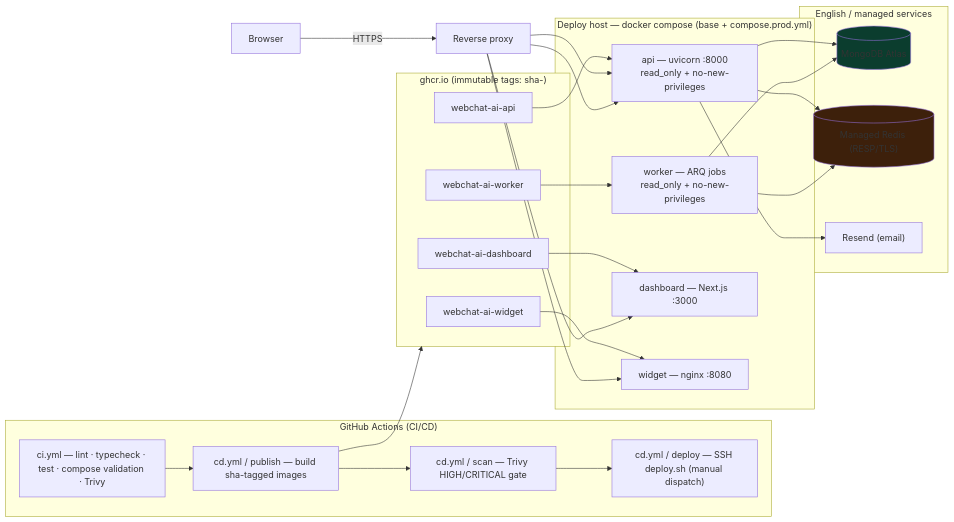
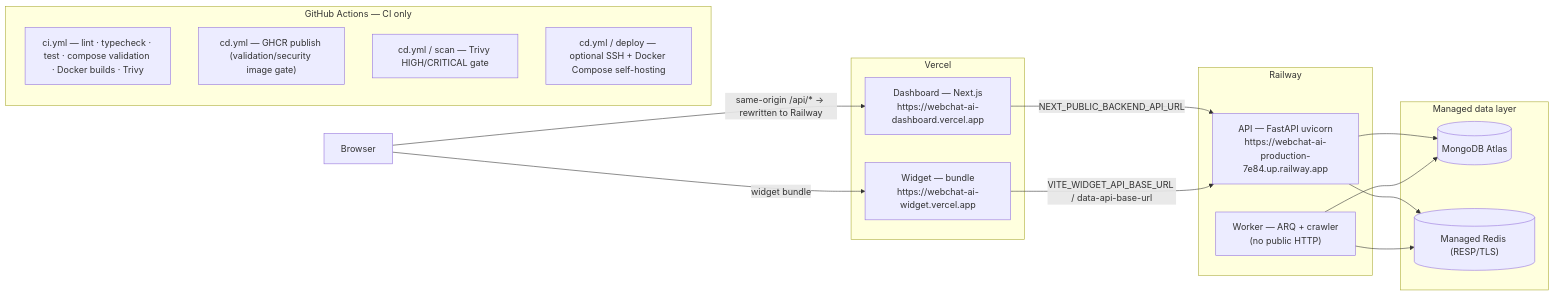
Before and after one commit to riturajlabs/webchat-AI: the diagram in docs/deployment/README.md, drawn with Mermaid. The commit also changed other lines of this file and 18 other files, not shown here.

````diff
--- a/docs/deployment/README.md
+++ b/docs/deployment/README.md
@@ -12,52 +13,34 @@
 ```mermaid
 flowchart LR
-  subgraph CD["GitHub Actions (CI/CD)"]
-    CI["ci.yml — lint · typecheck · test · compose validation · Trivy"]
-    CDPUB["cd.yml / publish — build sha-tagged images"]
-    TRIVY["cd.yml / scan — Trivy HIGH/CRITICAL gate"]
-    DEPLOY["cd.yml / deploy — SSH deploy.sh (manual dispatch)"]
-    CI --> CDPUB --> TRIVY --> DEPLOY
-  end
+    subgraph VERCEL["Vercel"]
+        DASH["Dashboard — Next.js<br/>https://webchat-ai-dashboard.vercel.app"]
+        WIDGET["Widget — bundle<br/>https://webchat-ai-widget.vercel.app"]
+    end
 
-  subgraph GHCR["ghcr.io (immutable tags: sha-<git-sha>)"]
-    API_IMG["webchat-ai-api"]
-    WORKER_IMG["webchat-ai-worker"]
-    DASH_IMG["webchat-ai-dashboard"]
-    WIDGET_IMG["webchat-ai-widget"]
-  end
+    subgraph RAILWAY["Railway"]
+        API["API — FastAPI uvicorn<br/>https://webchat-ai-production-7e84.up.railway.app"]
+        WORKER["Worker — ARQ + crawler<br/>(no public HTTP)"]
+    end
 
-  CDPUB --> GHCR
+    subgraph DATA["Managed data layer"]
+        MONGO[("MongoDB Atlas")]
+        REDIS[("Managed Redis (RESP/TLS)")]
+    end
 
-  subgraph HOST["Deploy host — docker compose (base + compose.prod.yml)"]
-    API["api — uvicorn :8000<br/>read_only + no-new-privileges"]
-    WORKER["worker — ARQ jobs<br/>read_only + no-new-privileges"]
-    DASH["dashboard — Next.js :3000"]
-    WIDGET["widget — nginx :8080"]
-  end
+    subgraph CD["GitHub Actions — CI only"]
+        CI["ci.yml — lint · typecheck · test · compose validation · Docker builds · Trivy"]
+        CDPUB["cd.yml — GHCR publish (validation/security image gate)"]
+        TRIVY["cd.yml / scan — Trivy HIGH/CRITICAL gate"]
+        SELFHOST["cd.yml / deploy — optional SSH + Docker Compose self-hosting"]
+    end
 
-  API_IMG --> API
-  WORKER_IMG --> WORKER
-  DASH_IMG --> DASH
-  WIDGET_IMG --> WIDGET
+    BROWSER["Browser"] -->|"same-origin /api/* → rewritten to Railway"| DASH
+    DASH -->|"NEXT_PUBLIC_BACKEND_API_URL"| API
+    BROWSER -->|"widget bundle"| WIDGET
+    WIDGET -->|"VITE_WIDGET_API_BASE_URL / data-api-base-url"| API
 
-  subgraph EXTERNAL["English / managed services"]
-    MONGO[("MongoDB Atlas")]
-    REDIS[("Managed Redis (RESP/TLS)")]
-    MAILPIT2["Resend (email)"]
-  end
-
-  API --> MONGO
-  WORKER --> MONGO
-  API --> REDIS
-  WORKER --> REDIS
-  API --> MAILPIT2
-
-  BROWSER["Browser"] -->|HTTPS| RP["Reverse proxy"]
-  RP --> DASH
-  RP --> API
-  RP --> WIDGET
-  RP --> API
-
-  style MONGO fill:#0b3d2e
-  style REDIS fill:#3d200b
+    API --> MONGO
+    WORKER --> MONGO
+    API --> REDIS
+    WORKER --> REDIS
 ```
````
